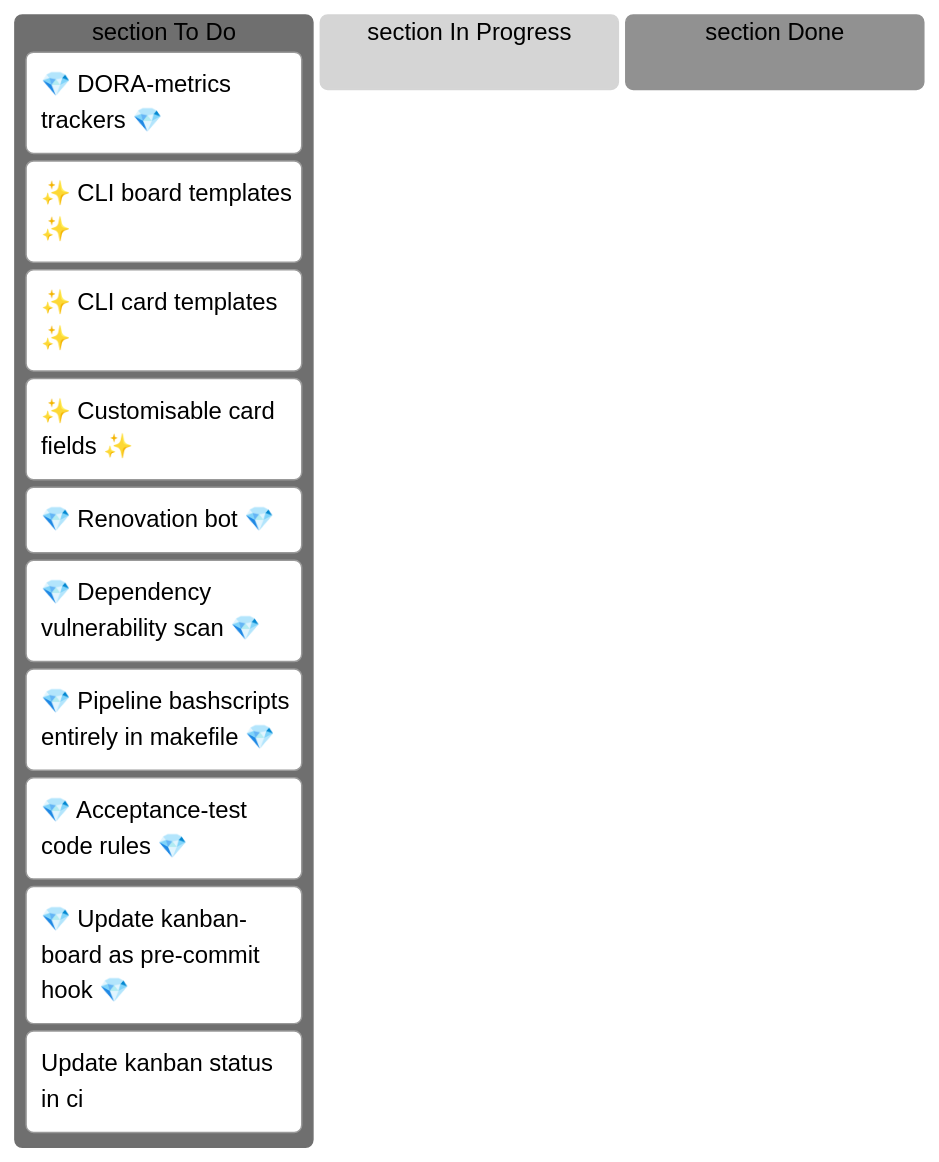
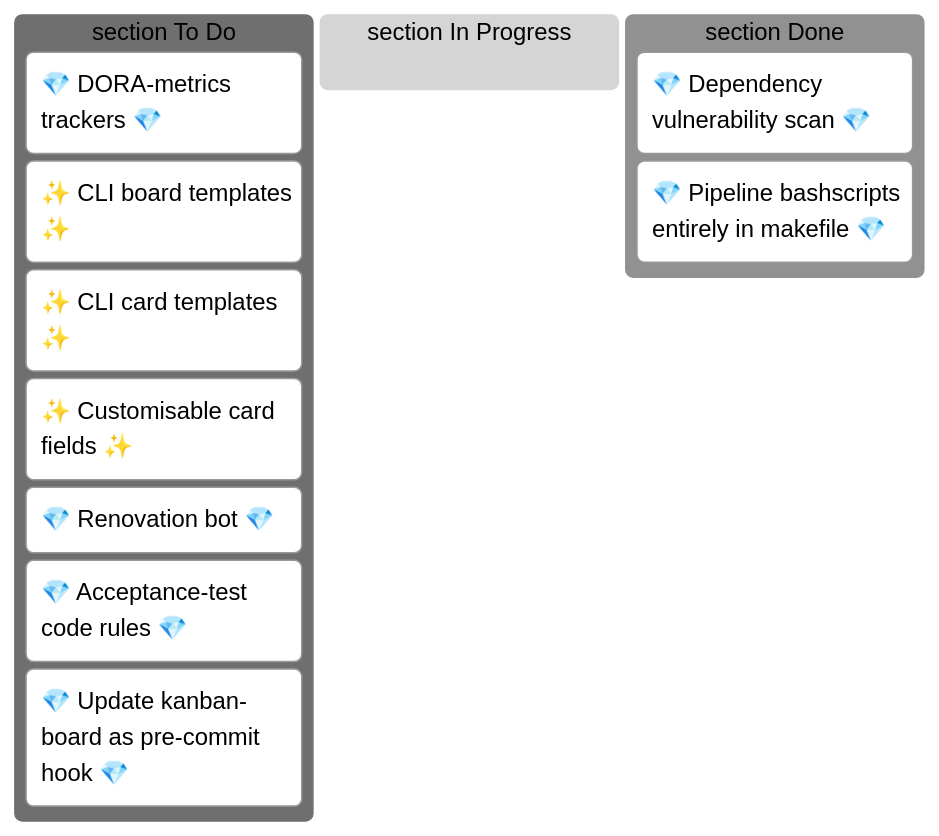
The diagram in README.md (jmsargent/Kanban), drawn with Mermaid (neutral theme) before and after one commit. The commit also changed other lines of this file and 3 other files, not shown here.

````diff
--- a/README.md
+++ b/README.md
@@ -8,16 +8,15 @@
 ```mermaid
 kanban
   section To Do
     TASK-001@{ label: "💎 DORA-metrics trackers 💎" }
     TASK-002@{ label: "✨ CLI board templates ✨" }
     TASK-003@{ label: "✨ CLI card templates ✨" }
     TASK-004@{ label: "✨ Customisable card fields ✨" }
     TASK-005@{ label: "💎 Renovation bot 💎" }
+    TASK-008@{ label: "💎 Acceptance-test code rules 💎" }
+    TASK-009@{ label: "💎 Update kanban-board as pre-commit hook 💎" }
+  section In Progress
+  section Done
     TASK-006@{ label: "💎 Dependency vulnerability scan 💎" }
     TASK-007@{ label: "💎 Pipeline bashscripts entirely in makefile 💎" }
-    TASK-008@{ label: "💎 Acceptance-test code rules 💎" }
-    TASK-009@{ label: "💎 Update kanban-board as pre-commit hook 💎" }
-    TASK-010@{ label: "Update kanban status in ci" }
-  section In Progress
-  section Done
 ```
````
